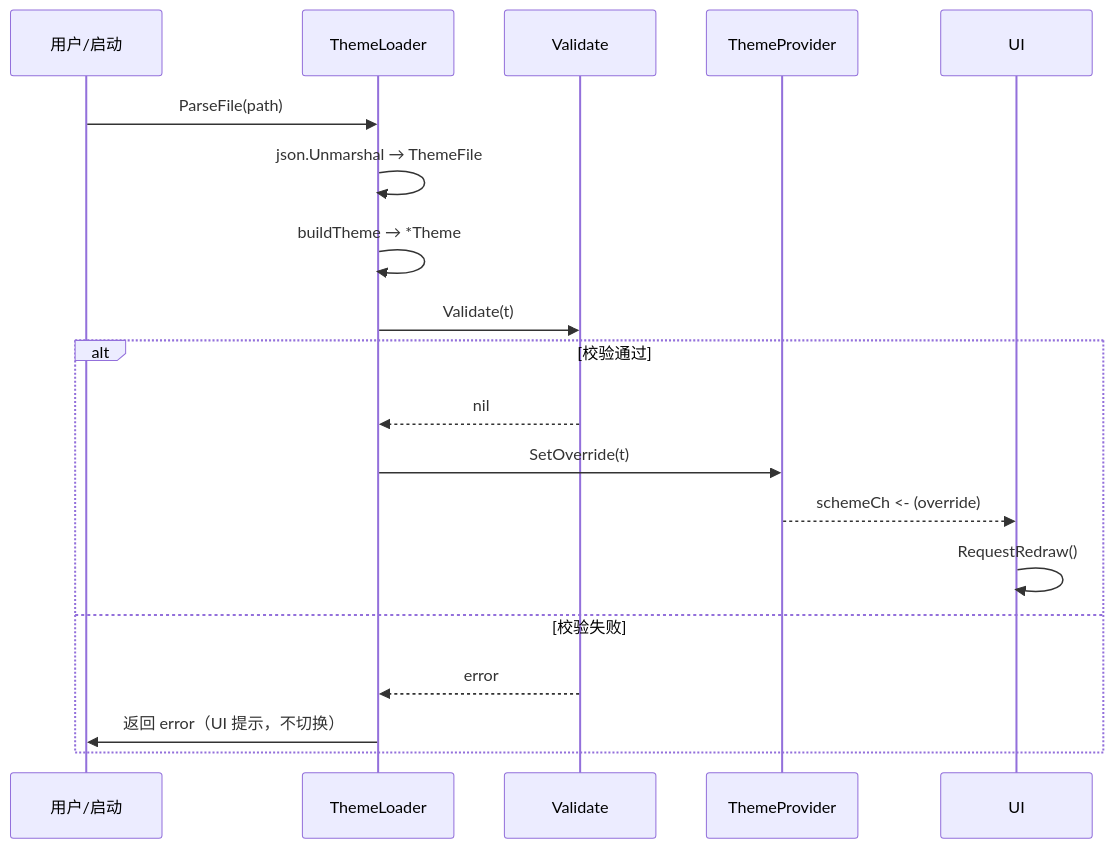
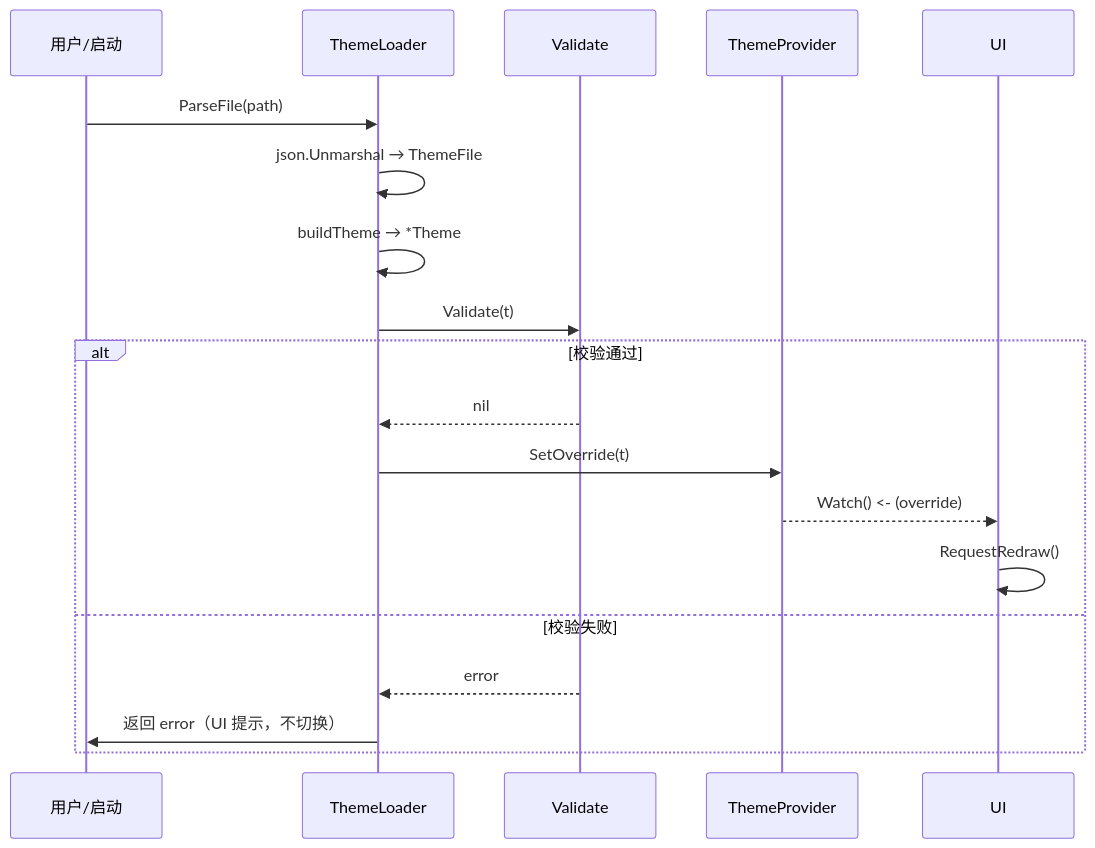
The third of 4 diagrams in docs/40-Theme/ThemeJson.md (shaolei/DeskCalendar), drawn with Mermaid before and after one commit. The commit also changed other lines of this file and 7 other files, not shown here.

````diff
--- a/docs/40-Theme/ThemeJson.md
+++ b/docs/40-Theme/ThemeJson.md
@@ -131,22 +131,22 @@
 ```mermaid
 sequenceDiagram
     participant U as 用户/启动
     participant L as ThemeLoader
     participant V as Validate
     participant P as ThemeProvider
     participant UI as UI
 
     U->>L: ParseFile(path)
     L->>L: json.Unmarshal → ThemeFile
     L->>L: buildTheme → *Theme
     L->>V: Validate(t)
     alt 校验通过
         V-->>L: nil
         L->>P: SetOverride(t)
-        P-->>UI: schemeCh <- (override)
+        P-->>UI: Watch() <- (override)
         UI->>UI: RequestRedraw()
     else 校验失败
         V-->>L: error
         L->>U: 返回 error（UI 提示，不切换）
     end
 ```
````
